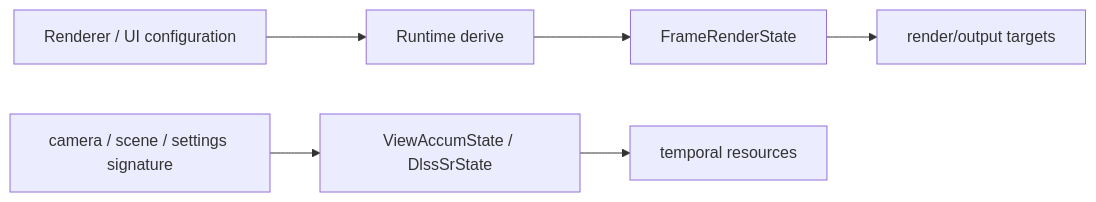
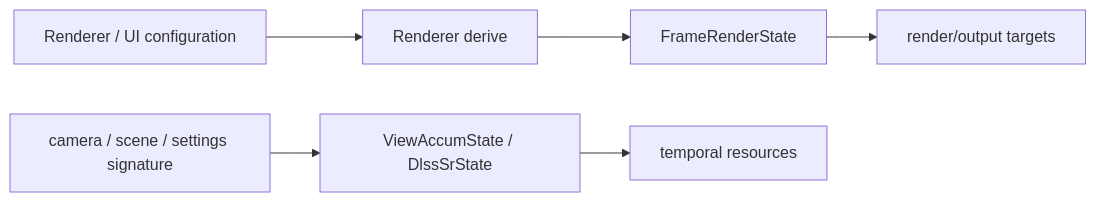
The diagram in docs/design/render-configuration-and-temporal-state.md (acccoco/TruvisRenderer), drawn with Mermaid before and after one commit. The commit also changed other lines of this file and 32 other files, not shown here.

````diff
--- a/docs/design/render-configuration-and-temporal-state.md
+++ b/docs/design/render-configuration-and-temporal-state.md
@@ -7,8 +7,8 @@
 ```mermaid
 flowchart LR
-    Config["Renderer / UI configuration"] --> Derive["Runtime derive"]
+    Config["Renderer / UI configuration"] --> Derive["Renderer derive"]
     Derive --> Frame["FrameRenderState"]
     Frame --> Targets["render/output targets"]
     View["camera / scene / settings signature"] --> History["ViewAccumState / DlssSrState"]
     History --> Temporal["temporal resources"]
 ```
````
